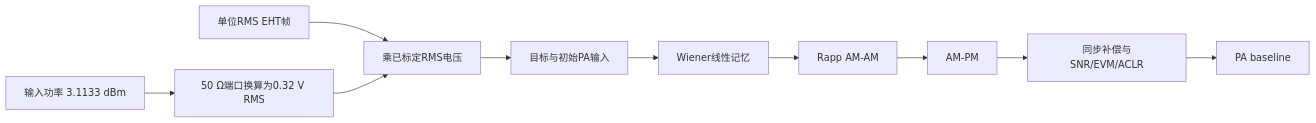
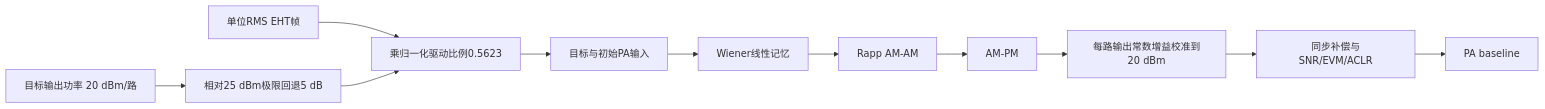
Before and after one commit to niyilu45/DPD_ILC: the third of 5 diagrams in doc/BenchMark.md, drawn with Mermaid. The commit also changed other lines of this file and 14 other files, not shown here.

Commit message:
Use PA output power with 25 dBm limit

````diff
--- a/doc/BenchMark.md
+++ b/doc/BenchMark.md
@@ -728,12 +741,13 @@
 ```mermaid
 flowchart LR
-    power["输入功率 3.1133 dBm"] --> calibration["50 Ω端口换算为0.32 V RMS"]
-    unit["单位RMS EHT帧"] --> scale["乘已标定RMS电压"]
-    calibration --> scale
+    power["目标输出功率 20 dBm/路"] --> backoff["相对25 dBm极限回退5 dB"]
+    unit["单位RMS EHT帧"] --> scale["乘归一化驱动比例0.5623"]
+    backoff --> scale
     scale --> target["目标与初始PA输入"]
     target --> memory["Wiener线性记忆"]
     memory --> amam["Rapp AM-AM"]
     amam --> ampm["AM-PM"]
-    ampm --> analysis["同步补偿与SNR/EVM/ACLR"]
+    ampm --> outputCalibration["每路输出常数增益校准到20 dBm"]
+    outputCalibration --> analysis["同步补偿与SNR/EVM/ACLR"]
     analysis --> baseline["PA baseline"]
 ```
````
